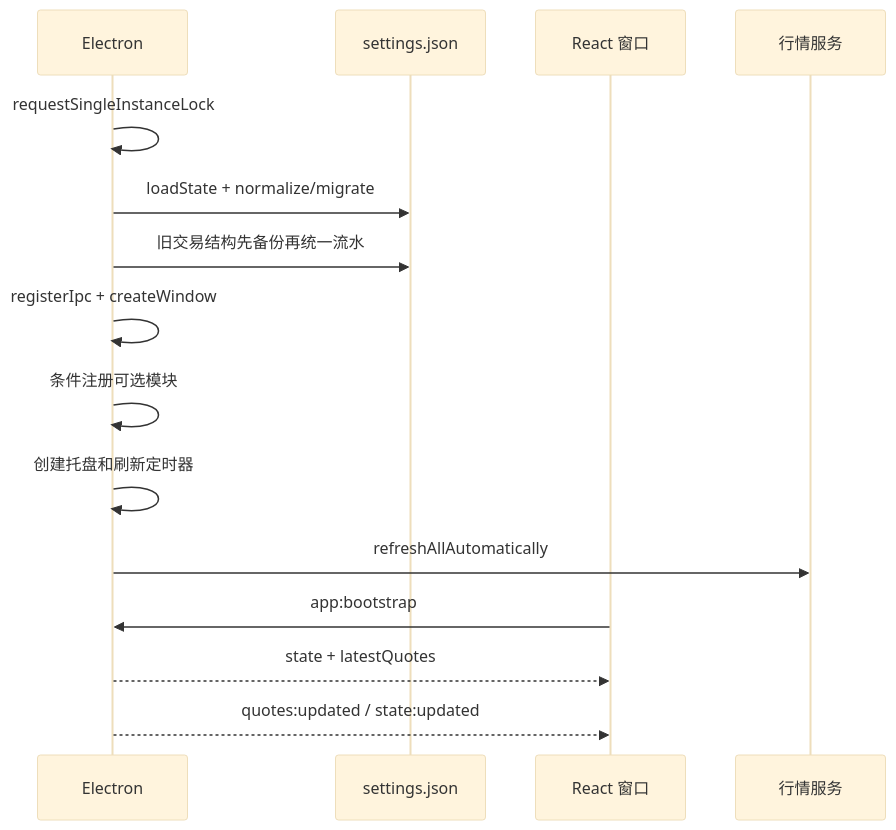
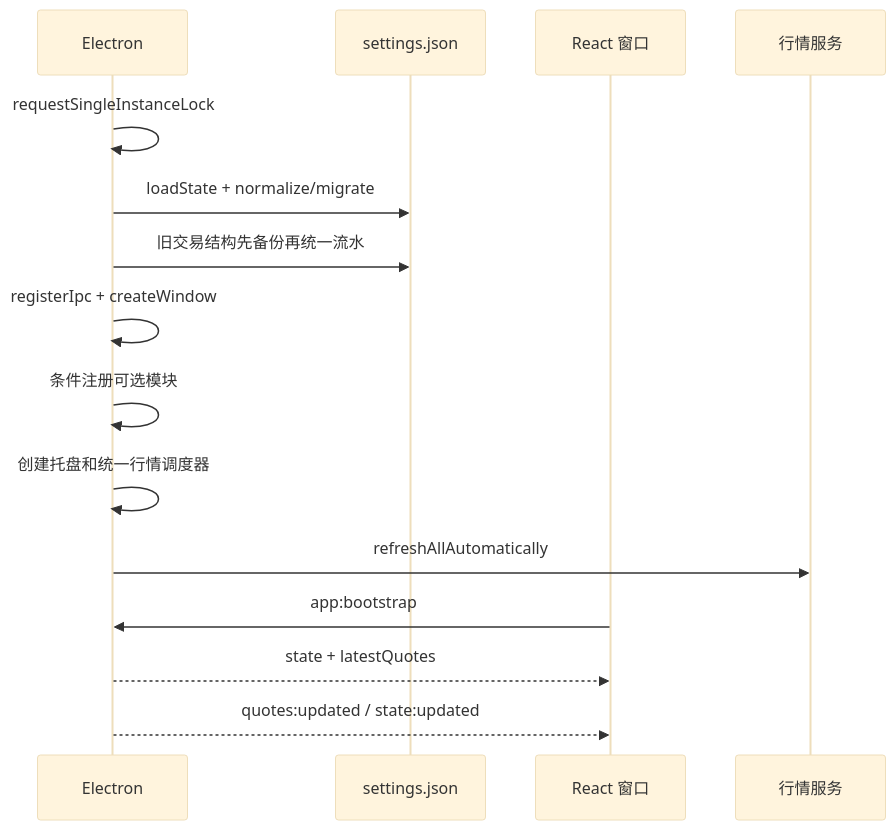
One commit to SingleOne/JianZhang changed the second of 3 diagrams in docs/wiki/01-architecture.md. Above: the diagram before and after it, drawn with Mermaid (base theme). The commit also changed other lines of this file and 18 other files, not shown here.

````diff
--- a/docs/wiki/01-architecture.md
+++ b/docs/wiki/01-architecture.md
@@ -72,18 +76,18 @@
 ```mermaid
 sequenceDiagram
     participant E as Electron
     participant S as settings.json
     participant W as React 窗口
     participant M as 行情服务
 
     E->>E: requestSingleInstanceLock
     E->>S: loadState + normalize/migrate
     E->>S: 旧交易结构先备份再统一流水
     E->>E: registerIpc + createWindow
     E->>E: 条件注册可选模块
-    E->>E: 创建托盘和刷新定时器
+    E->>E: 创建托盘和统一行情调度器
     E->>M: refreshAllAutomatically
     W->>E: app:bootstrap
     E-->>W: state + latestQuotes
     E-->>W: quotes:updated / state:updated
 ```
````
